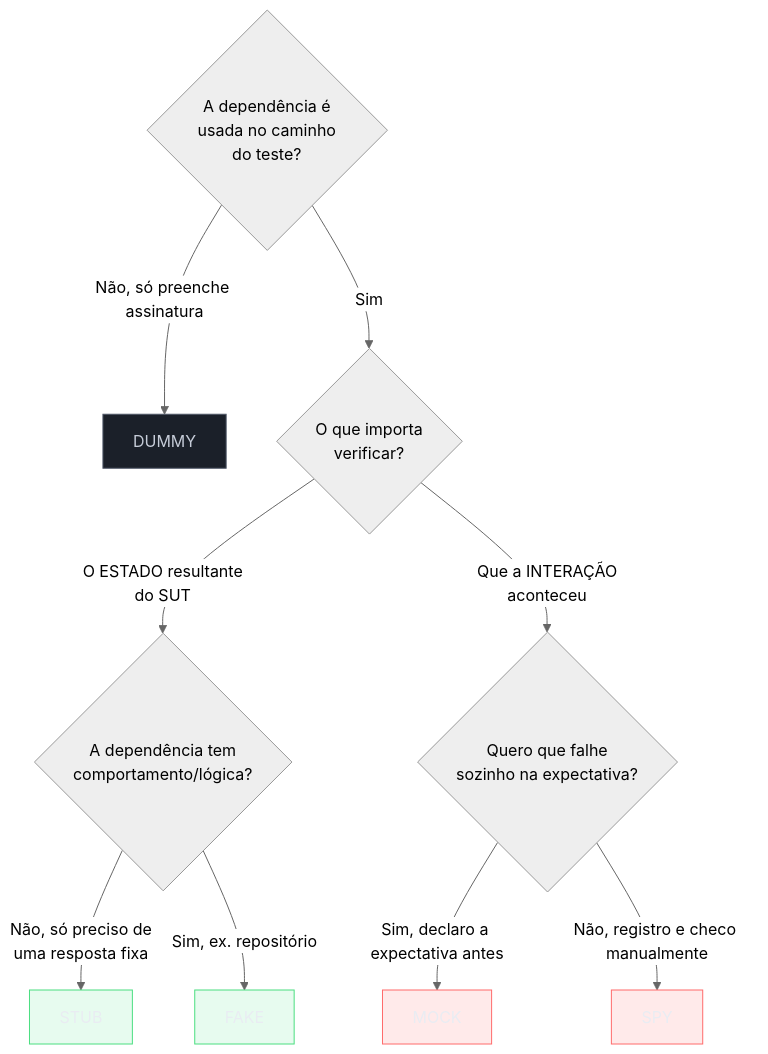
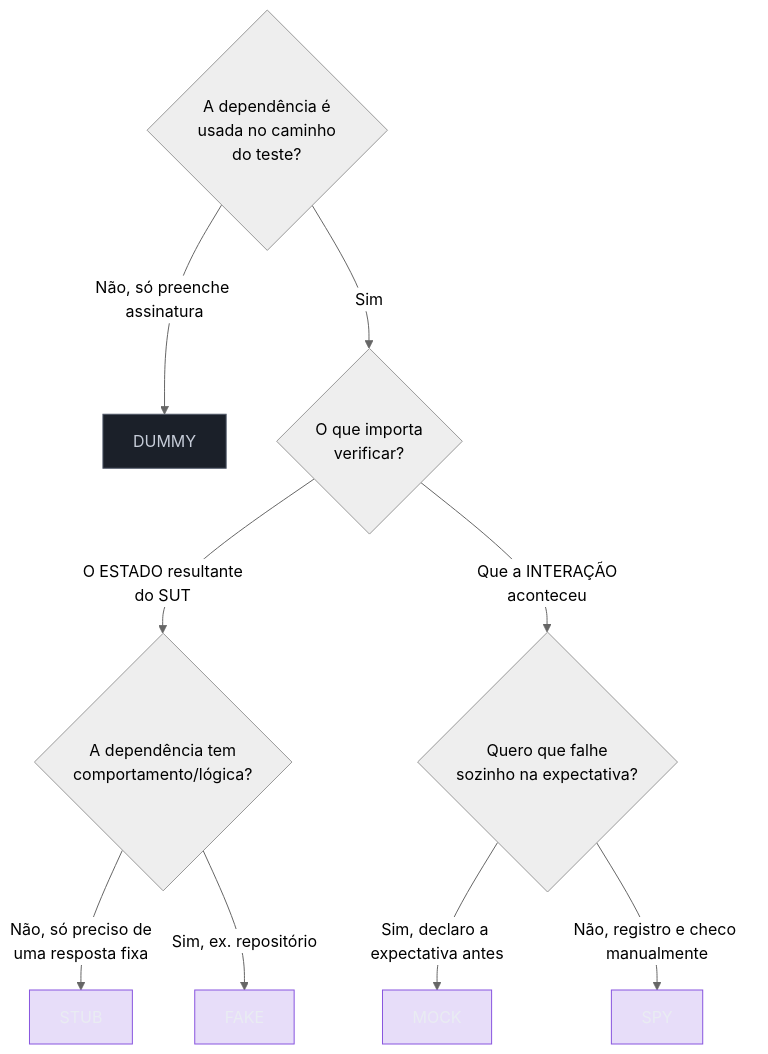
The fourth of 4 diagrams in 03-Dominios/Engenharia/Testes/05 - Test doubles - dummy, stub, spy, mock, fake.md (josenaldo/codex-technomanticus), drawn with Mermaid (neutral theme) before and after one commit. The commit also changed other lines of this file and 601 other files, not shown here.

````diff
--- a/03-Dominios/Engenharia/Testes/05 - Test doubles - dummy, stub, spy, mock, fake.md
+++ b/03-Dominios/Engenharia/Testes/05 - Test doubles - dummy, stub, spy, mock, fake.md
@@ -231,24 +231,23 @@
 ```mermaid
 flowchart TD
+    classDef marca fill:#8855DF33,stroke:#8855DF,color:#E9ECF2
     classDef neutro fill:#1B2029,stroke:#4E5666,color:#C6CCD8
-    classDef ok fill:#4ADE8021,stroke:#4ADE80,color:#E9ECF2
-    classDef falha fill:#FF6B6B24,stroke:#FF6B6B,color:#E9ECF2
     Q1{"A dependência é<br/>usada no caminho<br/>do teste?"}
     Q1 -->|Não, só preenche assinatura| DUMMY["DUMMY"]
     Q1 -->|Sim| Q2{"O que importa<br/>verificar?"}
 
     Q2 -->|O ESTADO resultante<br/>do SUT| Q3{"A dependência tem<br/>comportamento/lógica?"}
     Q2 -->|Que a INTERAÇÃO<br/>aconteceu| Q4{"Quero que falhe<br/>sozinho na expectativa?"}
 
     Q3 -->|Não, só preciso de<br/>uma resposta fixa| STUB["STUB"]
     Q3 -->|Sim, ex. repositório| FAKE["FAKE"]
 
     Q4 -->|Sim, declaro a expectativa antes| MOCK["MOCK"]
     Q4 -->|Não, registro e checo manualmente| SPY["SPY"]
 
     class DUMMY neutro
-    class STUB ok
-    class FAKE ok
-    class MOCK falha
-    class SPY falha
+    class STUB marca
+    class FAKE marca
+    class MOCK marca
+    class SPY marca
 ```
````
